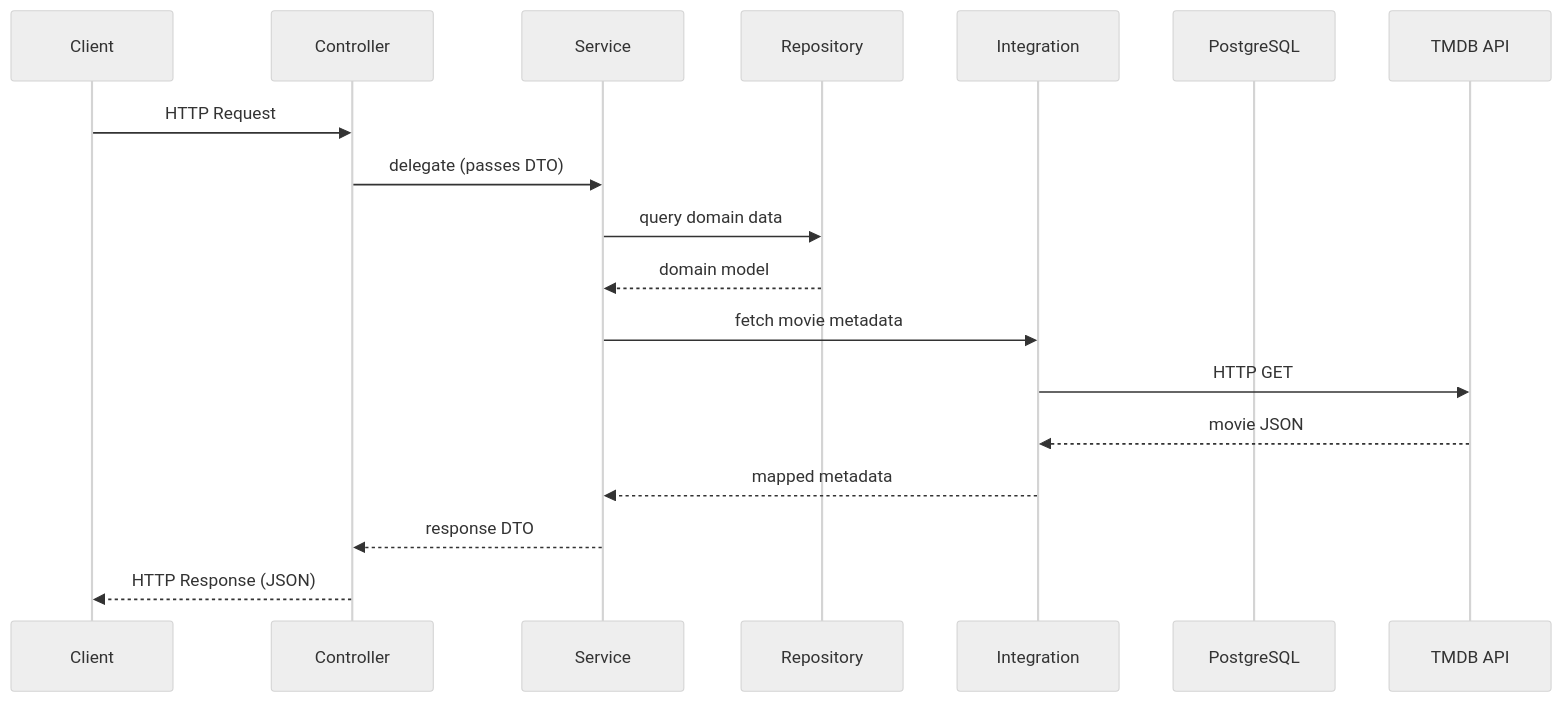
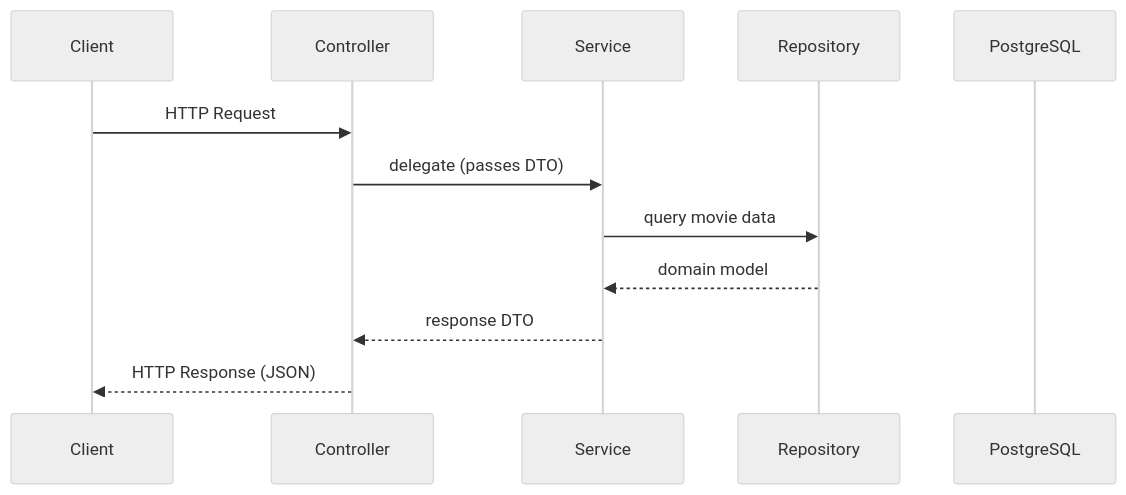
The second of 2 diagrams in docs/backend.md (P-py/watchToNext), drawn with Mermaid (neutral theme) before and after one commit. The commit also changed other lines of this file and 7 other files, not shown here.

Commit message:
:rocket::recycle: feat[api]: migrate dataset to Kaggle 930k, add docker compose and TMDB attribution

````diff
--- a/docs/backend.md
+++ b/docs/backend.md
@@ -80,21 +76,15 @@
 ```mermaid
 sequenceDiagram
   participant Client
   participant Controller
   participant Service
   participant Repository
-  participant Integration
   participant DB as PostgreSQL
-  participant TMDB as TMDB API
 
   Client->>Controller: HTTP Request
   Controller->>Service: delegate (passes DTO)
-  Service->>Repository: query domain data
+  Service->>Repository: query movie data
   Repository-->>Service: domain model
-  Service->>Integration: fetch movie metadata
-  Integration->>TMDB: HTTP GET
-  TMDB-->>Integration: movie JSON
-  Integration-->>Service: mapped metadata
   Service-->>Controller: response DTO
   Controller-->>Client: HTTP Response (JSON)
 ```
````
